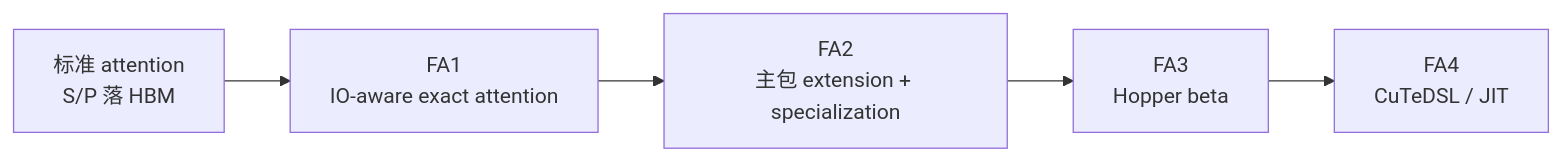
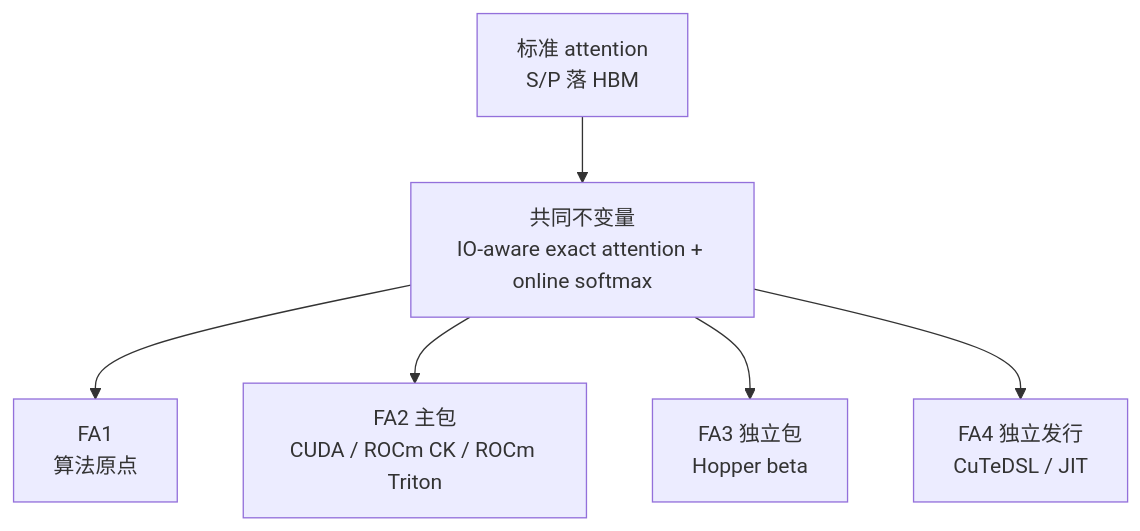
One commit to OnlyHero5/sglang-reading-vault changed the diagram in flash-attn_reading/导读与总览/FlashAttention-代际演进.md. Above: the diagram before and after it, drawn with Mermaid. The commit also changed other lines of this file and 512 other files, not shown here.

````diff
--- a/flash-attn_reading/导读与总览/FlashAttention-代际演进.md
+++ b/flash-attn_reading/导读与总览/FlashAttention-代际演进.md
@@ -29,9 +29,14 @@
 ```mermaid
-flowchart LR
+flowchart TD
     STD["标准 attention<br/>S/P 落 HBM"]
-    FA1["FA1<br/>IO-aware exact attention"]
-    FA2["FA2<br/>主包 extension + specialization"]
-    FA3["FA3<br/>Hopper beta"]
-    FA4["FA4<br/>CuTeDSL / JIT"]
-    STD --> FA1 --> FA2 --> FA3 --> FA4
+    INV["共同不变量<br/>IO-aware exact attention + online softmax"]
+    FA1["FA1<br/>算法原点"]
+    FA2["FA2 主包<br/>CUDA / ROCm CK / ROCm Triton"]
+    FA3["FA3 独立包<br/>Hopper beta"]
+    FA4["FA4 独立发行<br/>CuTeDSL / JIT"]
+    STD --> INV
+    INV --> FA1
+    INV --> FA2
+    INV --> FA3
+    INV --> FA4
 ```
````
